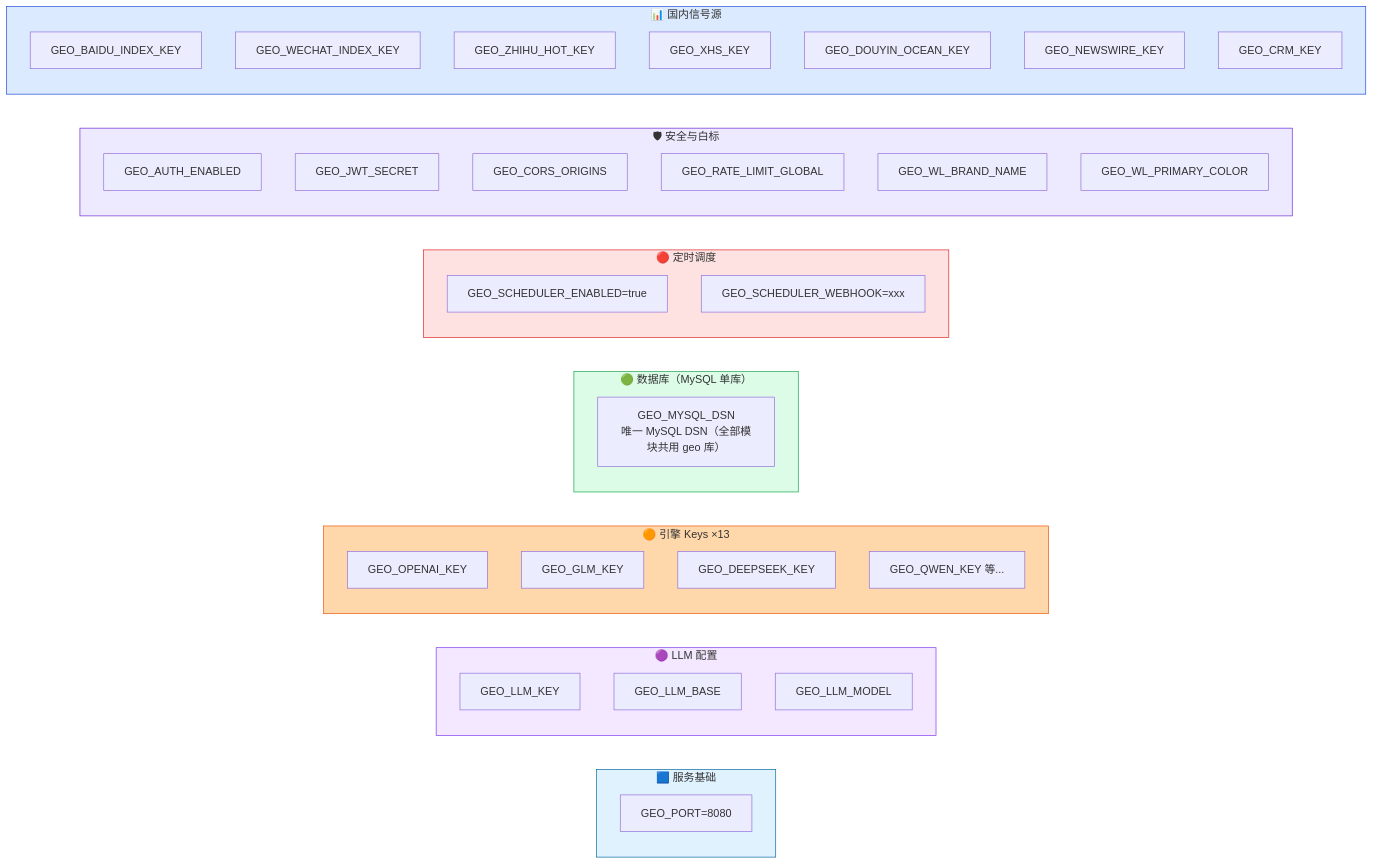
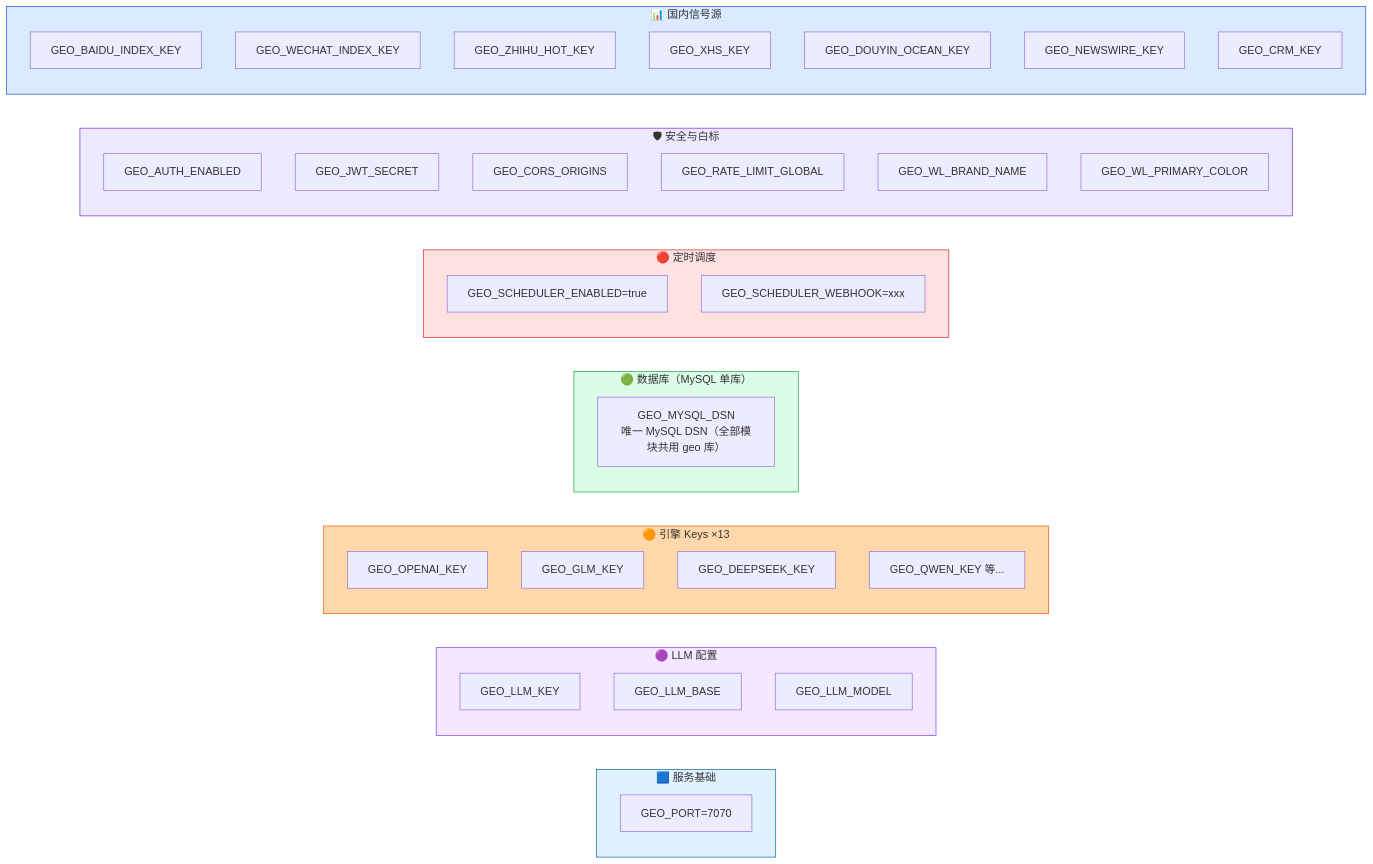
Diagram 31 of 31 in docs/architecture.md (deep2code/geo), drawn with Mermaid before and after one commit. The commit also changed 19 other files, not shown here.

````diff
--- a/docs/architecture.md
+++ b/docs/architecture.md
@@ -896,55 +896,55 @@
 ```mermaid
 graph LR
     subgraph 基础["🟦 服务基础"]
-        PORT["GEO_PORT=8080"]
+        PORT["GEO_PORT=7070"]
     end
 
     subgraph LLM["🟣 LLM 配置"]
         K["GEO_LLM_KEY"]
         B["GEO_LLM_BASE"]
         M["GEO_LLM_MODEL"]
     end
 
     subgraph Engines["🟠 引擎 Keys ×13"]
         K1["GEO_OPENAI_KEY"]
         K2["GEO_GLM_KEY"]
         K3["GEO_DEEPSEEK_KEY"]
         K4["GEO_QWEN_KEY 等..."]
     end
 
     subgraph DBs["🟢 数据库（MySQL 单库）"]
         U["GEO_MYSQL_DSN<br/>唯一 MySQL DSN（全部模块共用 geo 库）"]
     end
 
     subgraph 调度["🔴 定时调度"]
         SE["GEO_SCHEDULER_ENABLED=true"]
         WK["GEO_SCHEDULER_WEBHOOK=xxx"]
     end
 
     subgraph 安全白标["🛡 安全与白标"]
         AE["GEO_AUTH_ENABLED"]
         JS["GEO_JWT_SECRET"]
         CO["GEO_CORS_ORIGINS"]
         RL["GEO_RATE_LIMIT_GLOBAL"]
         WB["GEO_WL_BRAND_NAME"]
         WC["GEO_WL_PRIMARY_COLOR"]
     end
 
     subgraph 国内信号["📊 国内信号源"]
         BI["GEO_BAIDU_INDEX_KEY"]
         WI["GEO_WECHAT_INDEX_KEY"]
         ZH["GEO_ZHIHU_HOT_KEY"]
         XH["GEO_XHS_KEY"]
         DY["GEO_DOUYIN_OCEAN_KEY"]
         NW["GEO_NEWSWIRE_KEY"]
         CR["GEO_CRM_KEY"]
     end
 
     style 基础 fill:#e0f2fe,stroke:#0369a1
     style LLM fill:#f3e8ff,stroke:#7c3aed
     style Engines fill:#fed7aa,stroke:#ea580c
     style DBs fill:#dcfce7,stroke:#16a34a
     style 调度 fill:#fee2e2,stroke:#dc2626
     style 安全白标 fill:#ede9fe,stroke:#6d28d9
     style 国内信号 fill:#dbeafe,stroke:#1d4ed8
 ```
````
